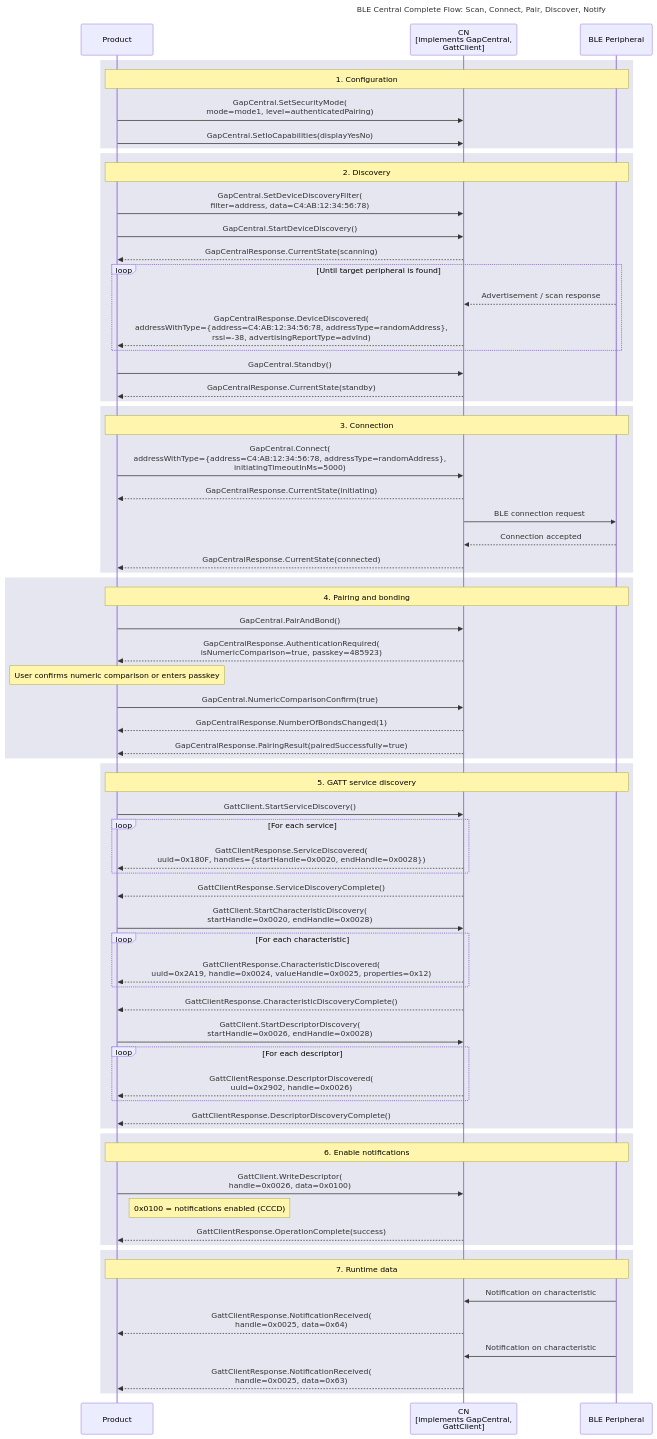
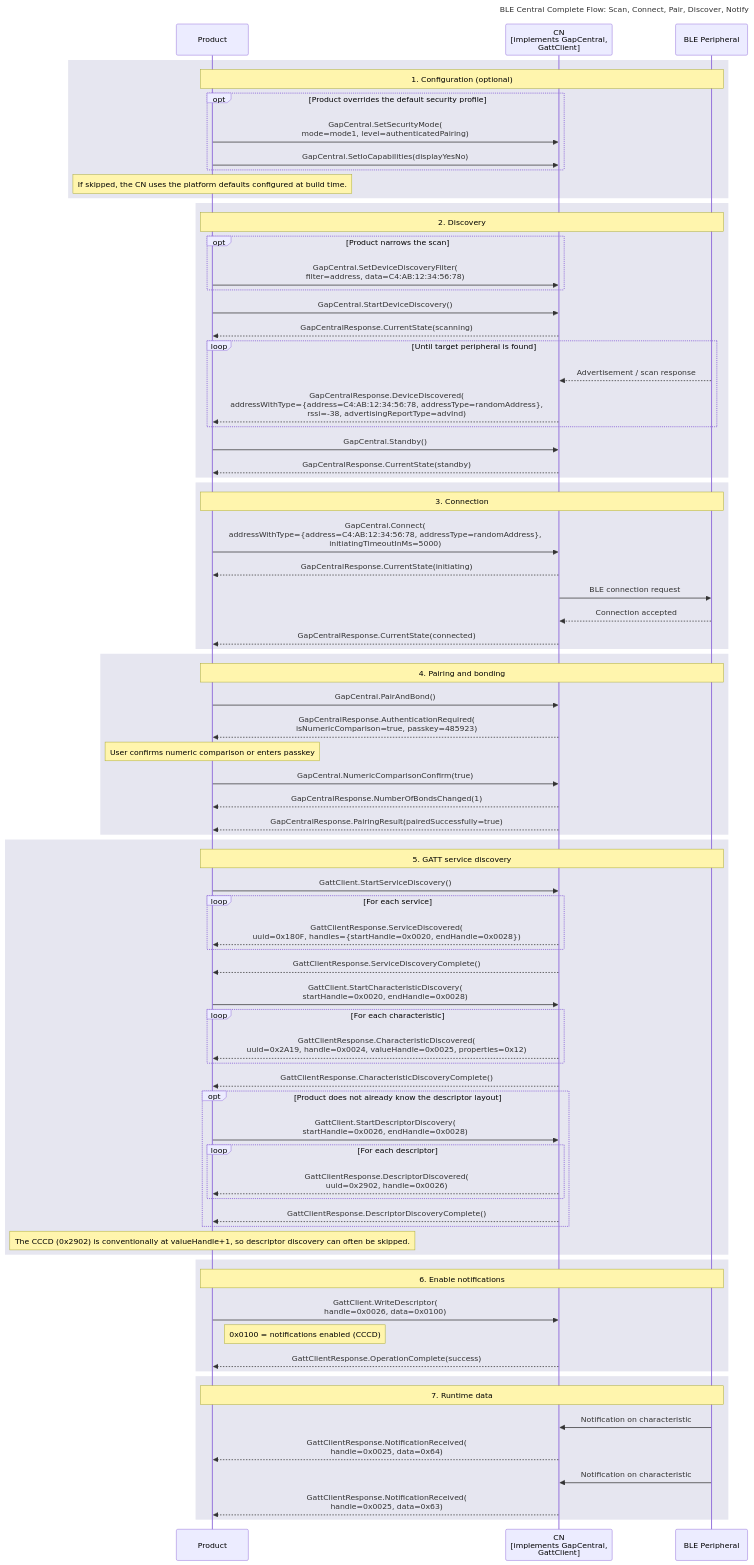
Before and after one commit to philips-software/amp-embedded-infra-lib: the diagram in documents/modules/ROOT/partials/echoservices/composite_flows/CentralRole_CompleteFlow_sequence.mmd, drawn with Mermaid.

Commit message:
update central role complete flow

```diff
--- a/documents/modules/ROOT/partials/echoservices/composite_flows/CentralRole_CompleteFlow_sequence.mmd
+++ b/documents/modules/ROOT/partials/echoservices/composite_flows/CentralRole_CompleteFlow_sequence.mmd
@@ -1,84 +1,92 @@
 sequenceDiagram
     title BLE Central Complete Flow: Scan, Connect, Pair, Discover, Notify
 
     participant Product as Product
     participant CN as CN<br>[implements GapCentral,<br>GattClient]
     participant Peripheral as BLE Peripheral
 
     rect rgb(230, 230, 240)
-        note over Product, Peripheral: 1. Configuration
-        Product->>CN: GapCentral.SetSecurityMode(<br>mode=mode1, level=authenticatedPairing)
-        Product->>CN: GapCentral.SetIoCapabilities(displayYesNo)
+        note over Product, Peripheral: 1. Configuration (optional)
+        opt Product overrides the default security profile
+            Product->>CN: GapCentral.SetSecurityMode(<br>mode=mode1, level=authenticatedPairing)
+            Product->>CN: GapCentral.SetIoCapabilities(displayYesNo)
+        end
+        Note over Product: If skipped, the CN uses the platform defaults configured at build time.
     end
 
     rect rgb(230, 230, 240)
         note over Product, Peripheral: 2. Discovery
-        Product->>CN: GapCentral.SetDeviceDiscoveryFilter(<br>filter=address, data=C4:AB:12:34:56:78)
+        opt Product narrows the scan
+            Product->>CN: GapCentral.SetDeviceDiscoveryFilter(<br>filter=address, data=C4:AB:12:34:56:78)
+        end
         Product->>CN: GapCentral.StartDeviceDiscovery()
         CN-->>Product: GapCentralResponse.CurrentState(scanning)
 
         loop Until target peripheral is found
             Peripheral-->>CN: Advertisement / scan response
             CN-->>Product: GapCentralResponse.DeviceDiscovered(<br>addressWithType={address=C4:AB:12:34:56:78, addressType=randomAddress},<br>rssi=-38, advertisingReportType=advInd)
         end
 
         Product->>CN: GapCentral.Standby()
         CN-->>Product: GapCentralResponse.CurrentState(standby)
     end
 
     rect rgb(230, 230, 240)
         note over Product, Peripheral: 3. Connection
         Product->>CN: GapCentral.Connect(<br>addressWithType={address=C4:AB:12:34:56:78, addressType=randomAddress},<br>initiatingTimeoutInMs=5000)
         CN-->>Product: GapCentralResponse.CurrentState(initiating)
         CN->>Peripheral: BLE connection request
         Peripheral-->>CN: Connection accepted
         CN-->>Product: GapCentralResponse.CurrentState(connected)
     end
 
     rect rgb(230, 230, 240)
         note over Product, Peripheral: 4. Pairing and bonding
         Product->>CN: GapCentral.PairAndBond()
         CN-->>Product: GapCentralResponse.AuthenticationRequired(<br>isNumericComparison=true, passkey=485923)
 
         Note over Product: User confirms numeric comparison or enters passkey
 
         Product->>CN: GapCentral.NumericComparisonConfirm(true)
         CN-->>Product: GapCentralResponse.NumberOfBondsChanged(1)
         CN-->>Product: GapCentralResponse.PairingResult(pairedSuccessfully=true)
     end
 
     rect rgb(230, 230, 240)
         note over Product, Peripheral: 5. GATT service discovery
         Product->>CN: GattClient.StartServiceDiscovery()
         loop For each service
             CN-->>Product: GattClientResponse.ServiceDiscovered(<br>uuid=0x180F, handles={startHandle=0x0020, endHandle=0x0028})
         end
         CN-->>Product: GattClientResponse.ServiceDiscoveryComplete()
 
         Product->>CN: GattClient.StartCharacteristicDiscovery(<br>startHandle=0x0020, endHandle=0x0028)
         loop For each characteristic
             CN-->>Product: GattClientResponse.CharacteristicDiscovered(<br>uuid=0x2A19, handle=0x0024, valueHandle=0x0025, properties=0x12)
         end
         CN-->>Product: GattClientResponse.CharacteristicDiscoveryComplete()
 
-        Product->>CN: GattClient.StartDescriptorDiscovery(<br>startHandle=0x0026, endHandle=0x0028)
-        loop For each descriptor
-            CN-->>Product: GattClientResponse.DescriptorDiscovered(<br>uuid=0x2902, handle=0x0026)
+        opt Product does not already know the descriptor layout
+            Product->>CN: GattClient.StartDescriptorDiscovery(<br>startHandle=0x0026, endHandle=0x0028)
+            loop For each descriptor
+                CN-->>Product: GattClientResponse.DescriptorDiscovered(<br>uuid=0x2902, handle=0x0026)
+            end
+            CN-->>Product: GattClientResponse.DescriptorDiscoveryComplete()
         end
-        CN-->>Product: GattClientResponse.DescriptorDiscoveryComplete()
+        Note over Product: The CCCD (0x2902) is conventionally at valueHandle+1, so descriptor discovery can often be skipped.
     end
 
     rect rgb(230, 230, 240)
         note over Product, Peripheral: 6. Enable notifications
         Product->>CN: GattClient.WriteDescriptor(<br>handle=0x0026, data=0x0100)
         Note right of Product: 0x0100 = notifications enabled (CCCD)
         CN-->>Product: GattClientResponse.OperationComplete(success)
     end
 
     rect rgb(230, 230, 240)
         note over Product, Peripheral: 7. Runtime data
         Peripheral->>CN: Notification on characteristic
         CN-->>Product: GattClientResponse.NotificationReceived(<br>handle=0x0025, data=0x64)
         Peripheral->>CN: Notification on characteristic
         CN-->>Product: GattClientResponse.NotificationReceived(<br>handle=0x0025, data=0x63)
     end
```
